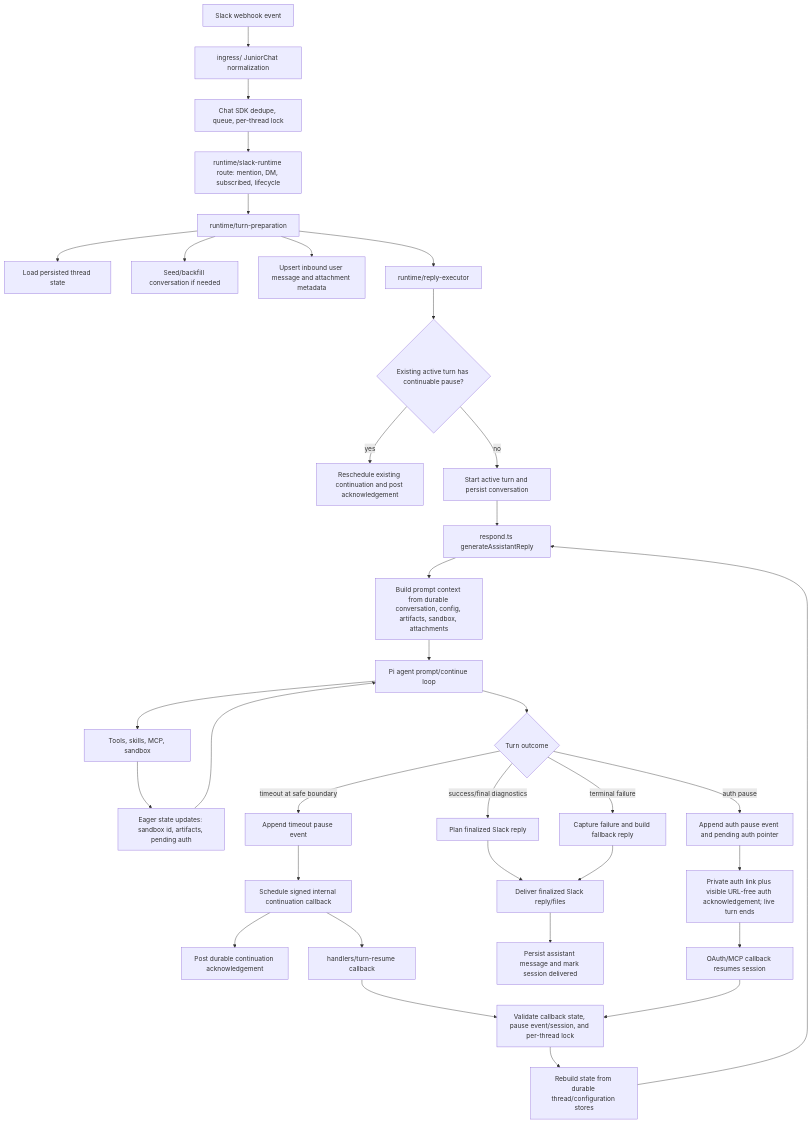
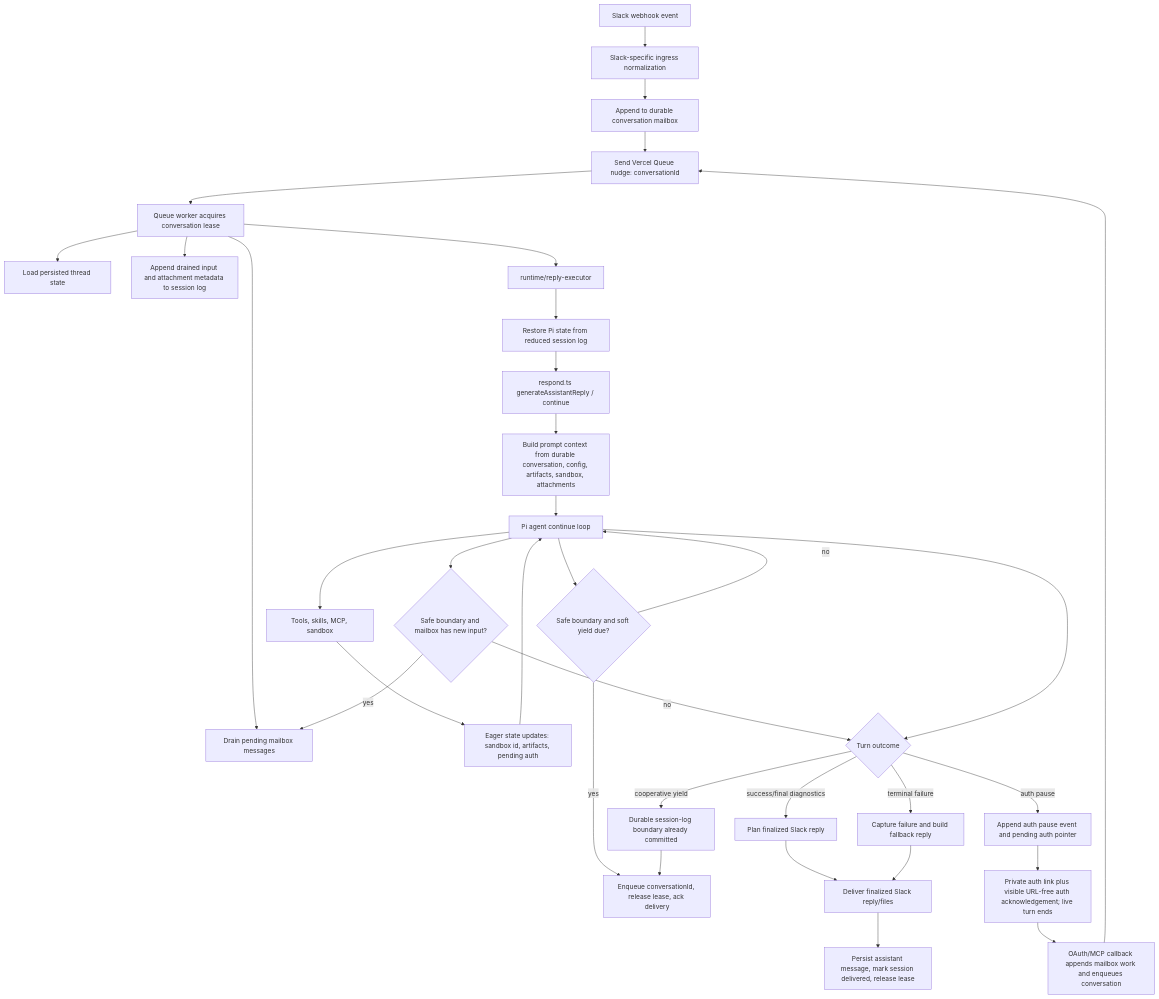
Before and after one commit to getsentry/junior: the diagram in specs/chat-architecture.md, drawn with Mermaid. The commit also changed other lines of this file and 61 other files, not shown here.

First line of the commit message:
feat(chat): Add durable agent continuation queue

````diff
--- a/specs/chat-architecture.md
+++ b/specs/chat-architecture.md
@@ -38,37 +38,36 @@
 ```mermaid
 flowchart TD
-  A[Slack webhook event] --> B[ingress/ JuniorChat normalization]
-  B --> C[Chat SDK dedupe, queue, per-thread lock]
-  C --> D[runtime/slack-runtime route: mention, DM, subscribed, lifecycle]
-  D --> E[runtime/turn-preparation]
+  A[Slack webhook event] --> B[Slack-specific ingress normalization]
+  B --> C[Append to durable conversation mailbox]
+  C --> D[Send Vercel Queue nudge: conversationId]
+  D --> E[Queue worker acquires conversation lease]
   E --> E1[Load persisted thread state]
-  E --> E2[Seed/backfill conversation if needed]
-  E --> E3[Upsert inbound user message and attachment metadata]
+  E --> E2[Drain pending mailbox messages]
+  E --> E3[Append drained input and attachment metadata to session log]
   E --> F[runtime/reply-executor]
-  F --> G{Existing active turn has continuable pause?}
-  G -->|yes| H[Reschedule existing continuation and post acknowledgement]
-  G -->|no| I[Start active turn and persist conversation]
-  I --> J[respond.ts generateAssistantReply]
+  F --> G[Restore Pi state from reduced session log]
+  G --> J[respond.ts generateAssistantReply / continue]
   J --> K[Build prompt context from durable conversation, config, artifacts, sandbox, attachments]
-  K --> L[Pi agent prompt/continue loop]
+  K --> L[Pi agent continue loop]
   L --> M[Tools, skills, MCP, sandbox]
   M --> N[Eager state updates: sandbox id, artifacts, pending auth]
   N --> L
+  L --> Y{Safe boundary and soft yield due?}
+  Y -->|yes| YA[Enqueue conversationId, release lease, ack delivery]
+  Y -->|no| L
+  L --> Z{Safe boundary and mailbox has new input?}
+  Z -->|yes| E2
+  Z -->|no| O
   L --> O{Turn outcome}
   O -->|success/final diagnostics| P[Plan finalized Slack reply]
   O -->|auth pause| Q[Append auth pause event and pending auth pointer]
-  O -->|timeout at safe boundary| R[Append timeout pause event]
+  O -->|cooperative yield| R[Durable session-log boundary already committed]
   O -->|terminal failure| S[Capture failure and build fallback reply]
-  R --> T[Schedule signed internal continuation callback]
-  T --> U[Post durable continuation acknowledgement]
+  R --> YA
   Q --> V[Private auth link plus visible URL-free auth acknowledgement; live turn ends]
-  V --> AB[OAuth/MCP callback resumes session]
+  V --> AB[OAuth/MCP callback appends mailbox work and enqueues conversation]
   P --> W[Deliver finalized Slack reply/files]
   S --> W
-  W --> X[Persist assistant message and mark session delivered]
-  T --> Y[handlers/turn-resume callback]
-  Y --> Z[Validate callback state, pause event/session, and per-thread lock]
-  AB --> Z
-  Z --> AA[Rebuild state from durable thread/configuration stores]
-  AA --> J
+  W --> X[Persist assistant message, mark session delivered, release lease]
+  AB --> D
 ```
````
